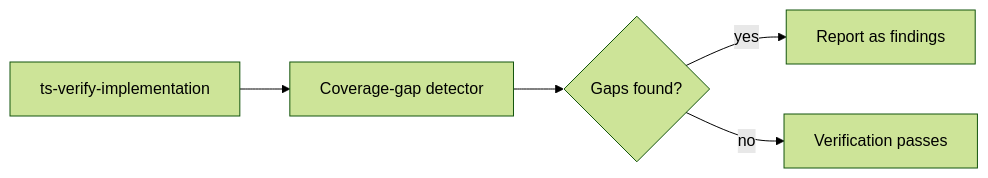
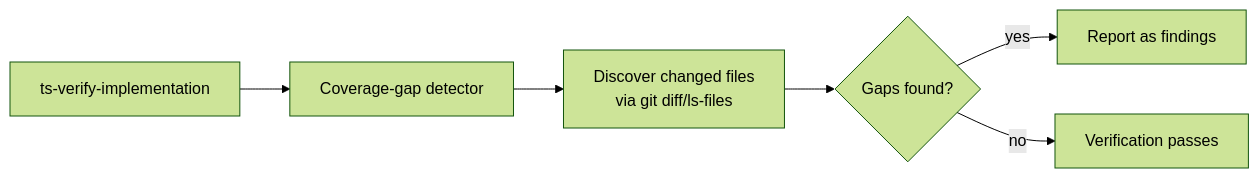
Before and after one commit to Taegost/taegosts-skills: the third of 3 diagrams in docs/plans/2026-07-05-001-feat-test-coverage-token-efficiency-plan.md, drawn with Mermaid (forest theme). The commit also changed other lines of this file, not shown here.

````diff
--- a/docs/plans/2026-07-05-001-feat-test-coverage-token-efficiency-plan.md
+++ b/docs/plans/2026-07-05-001-feat-test-coverage-token-efficiency-plan.md
@@ -96,7 +98,8 @@
 ```mermaid
 flowchart LR
     IV[ts-verify-implementation] --> CG[Coverage-gap detector]
-    CG --> Gaps{Gaps found?}
+    CG --> GD[Discover changed files<br>via git diff/ls-files]
+    GD --> Gaps{Gaps found?}
     Gaps -->|yes| Report[Report as findings]
     Gaps -->|no| Pass[Verification passes]
 ```
````
